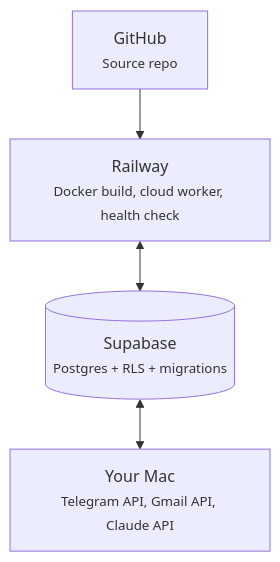
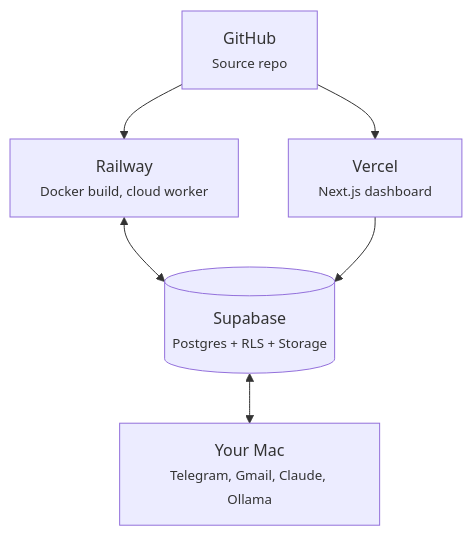
The third of 3 diagrams in content/golems/architecture.md (EtanHey/etanheyman.com), drawn with Mermaid before and after one commit. The commit also changed other lines of this file and 28 other files, not shown here.

````diff
--- a/content/golems/architecture.md
+++ b/content/golems/architecture.md
@@ -203,6 +227,8 @@
 ```mermaid
 flowchart TD
-    GH["GitHub<br/><small>Source repo</small>"] --> RW["Railway<br/><small>Docker build, cloud worker, health check</small>"]
-    RW <--> SB[("Supabase<br/><small>Postgres + RLS + migrations</small>")]
-    SB <--> MAC["Your Mac<br/><small>Telegram API, Gmail API, Claude API</small>"]
+    GH["GitHub<br/><small>Source repo</small>"] --> RW["Railway<br/><small>Docker build, cloud worker</small>"]
+    GH --> VC["Vercel<br/><small>Next.js dashboard</small>"]
+    RW <--> SB[("Supabase<br/><small>Postgres + RLS + Storage</small>")]
+    VC --> SB
+    SB <--> MAC["Your Mac<br/><small>Telegram, Gmail, Claude, Ollama</small>"]
 ```
````
